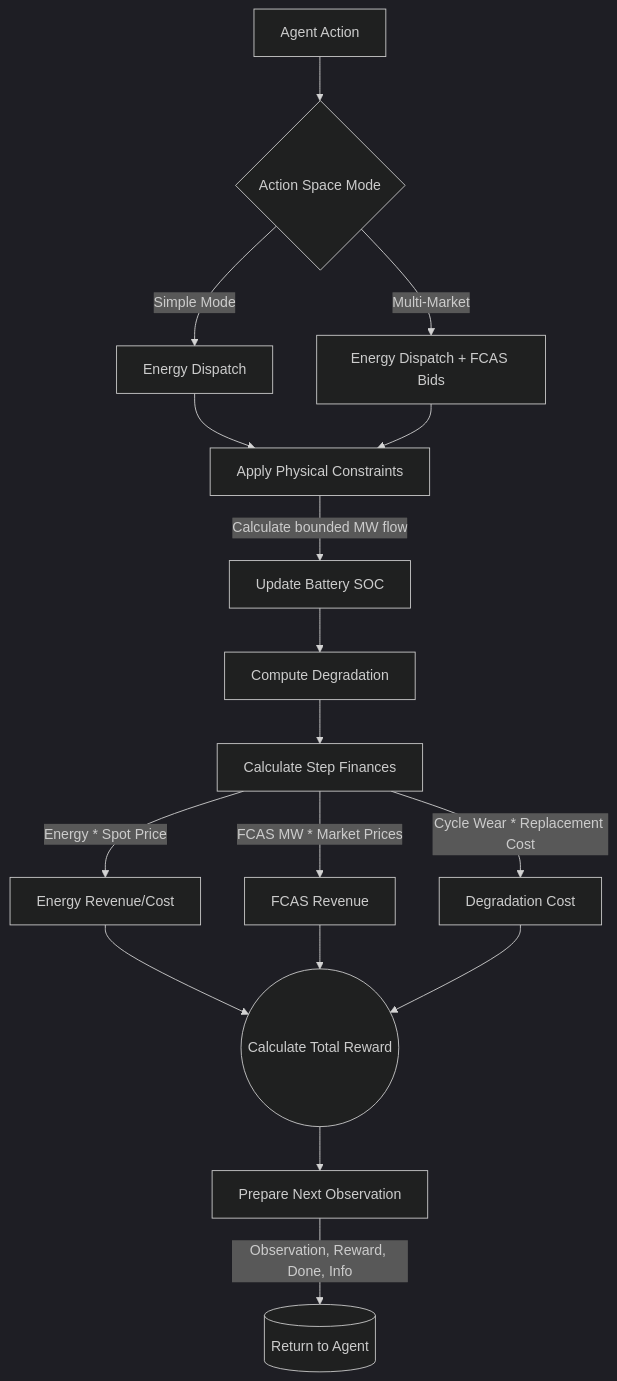
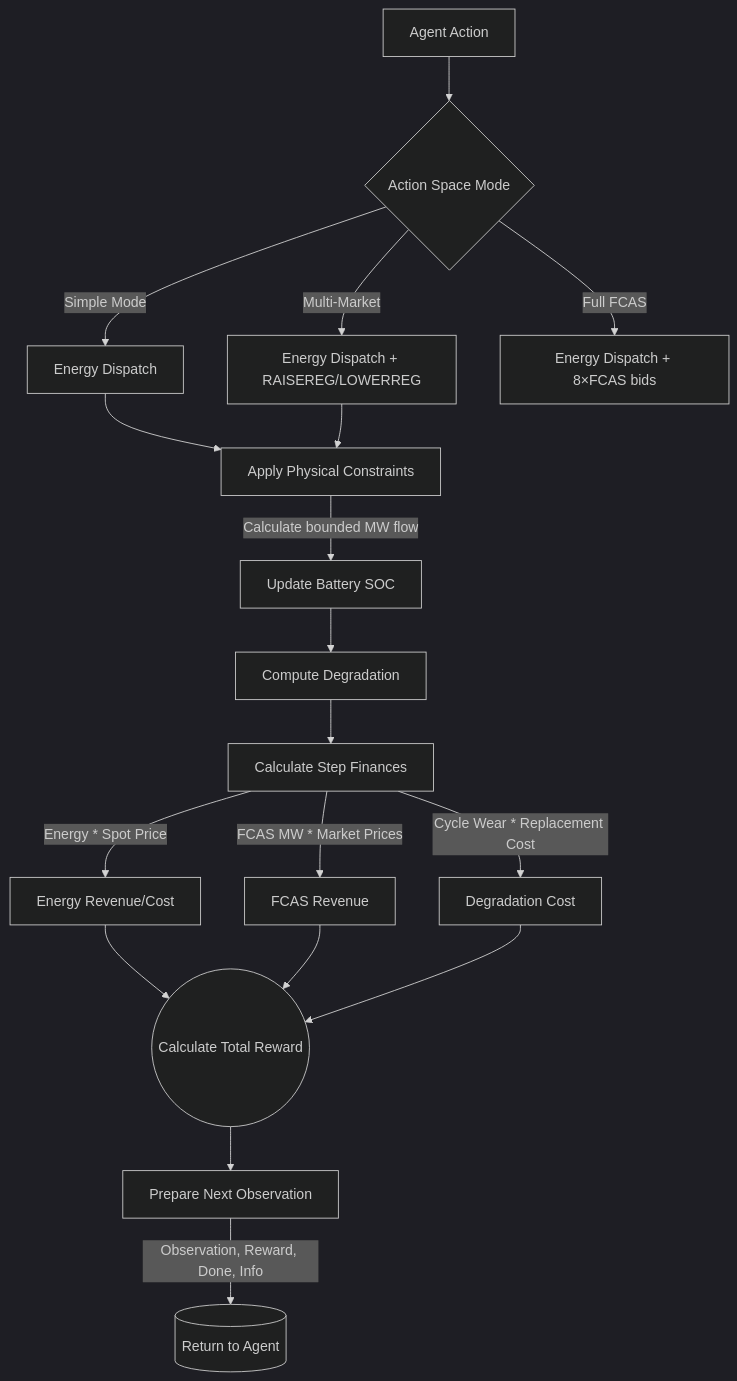
The diagram in docs/aemo/environment.md (mrvictoru/energydecision), drawn with Mermaid (dark theme) before and after one commit. The commit also changed other lines of this file and 10 other files, not shown here.

First line of the commit message:
docs: update all docs for full_fcas 9-dim action mode + converter

````diff
--- a/docs/aemo/environment.md
+++ b/docs/aemo/environment.md
@@ -30,24 +30,25 @@
 ```mermaid
 graph TD;
     A[Agent Action] --> B{Action Space Mode}
     B -- Simple Mode --> B1[Energy Dispatch]
-    B -- Multi-Market --> B2[Energy Dispatch + FCAS Bids]
+    B -- Multi-Market --> B2[Energy Dispatch + RAISEREG/LOWERREG]
+    B -- Full FCAS --> B3[Energy Dispatch + 8×FCAS bids]
     
     B1 --> C[Apply Physical Constraints]
     B2 --> C
     
     C -->|Calculate bounded MW flow| D[Update Battery SOC]
     D --> E[Compute Degradation]
     
     E --> F[Calculate Step Finances]
     F -->|Energy * Spot Price| G[Energy Revenue/Cost]
     F -->|FCAS MW * Market Prices| H[FCAS Revenue]
     F -->|Cycle Wear * Replacement Cost| I[Degradation Cost]
     
     G --> J((Calculate Total Reward))
     H --> J
     I --> J
     
     J --> K[Prepare Next Observation]
     K -->|Observation, Reward, Done, Info| L[(Return to Agent)]
 ```
````
